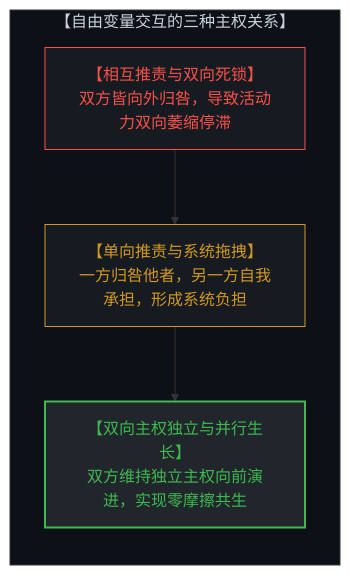
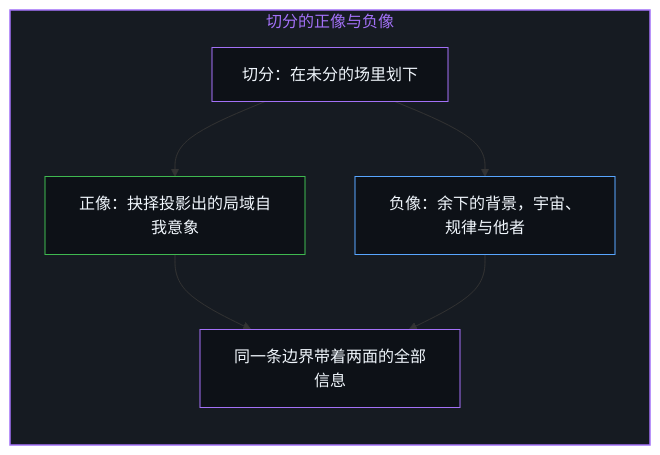
The fifth of 18 diagrams in content/posts/the-geometry-of-coexistence-and-the-dual-cut.md (powerpig99/not-a-toe), drawn with Mermaid before and after one commit. The commit also changed other lines of this file and 2 other files, not shown here.

Commit message:
Refine the-geometry-of-coexistence-and-the-dual-cut: alternating bilingual layout, nine paired diagrams, institutions given their use, the observed and the inferred other, implicit first person

````diff
--- a/content/posts/the-geometry-of-coexistence-and-the-dual-cut.md
+++ b/content/posts/the-geometry-of-coexistence-and-the-dual-cut.md
@@ -129,15 +115,20 @@
 ```mermaid
-graph TD
-    subgraph ThreeRelationalModes["【自由变量交互的三种主权关系】"]
+flowchart TD
+    subgraph S_Image["切分的正像与负像"]
         direction TB
-        MutualBlame["【相互推责与双向死锁】<br>双方皆向外归咎，导致活动力双向萎缩停滞"]
-        AsymmetricDrag["【单向推责与系统拖拽】<br>一方归咎他者，另一方自我承担，形成系统负担"]
-        DualSovereignty["【双向主权独立与并行生长】<br>双方维持独立主权向前演进，实现零摩擦共生"]
-        MutualBlame --> AsymmetricDrag
-        AsymmetricDrag --> DualSovereignty
+        Cut["切分：在未分的场里划下"]
+        Pos["正像：抉择投影出的局域自我意象"]
+        Neg["负像：余下的背景，宇宙、规律与他者"]
+        Edge["同一条边界带着两面的全部信息"]
+        Cut --> Pos
+        Cut --> Neg
+        Pos --> Edge
+        Neg --> Edge
     end
-    style ThreeRelationalModes fill:#0d1117,stroke:#30363d,stroke-width:1px,color:#c9d1d9
-    style MutualBlame fill:#161b22,stroke:#f85149,stroke-width:1px,color:#f85149
-    style AsymmetricDrag fill:#161b22,stroke:#d29922,stroke-width:1px,color:#d29922
-    style DualSovereignty fill:#21262d,stroke:#3fb950,stroke-width:2px,color:#3fb950
+
+    style S_Image fill:#161b22,stroke:#a371f7,stroke-width:1.5px,color:#a371f7
+    style Cut fill:#0d1117,stroke:#a371f7,stroke-width:1px,color:#f0f6fc
+    style Pos fill:#0d1117,stroke:#3fb950,stroke-width:1px,color:#f0f6fc
+    style Neg fill:#0d1117,stroke:#58a6ff,stroke-width:1px,color:#f0f6fc
+    style Edge fill:#0d1117,stroke:#a371f7,stroke-width:1px,color:#f0f6fc
 ```
````
